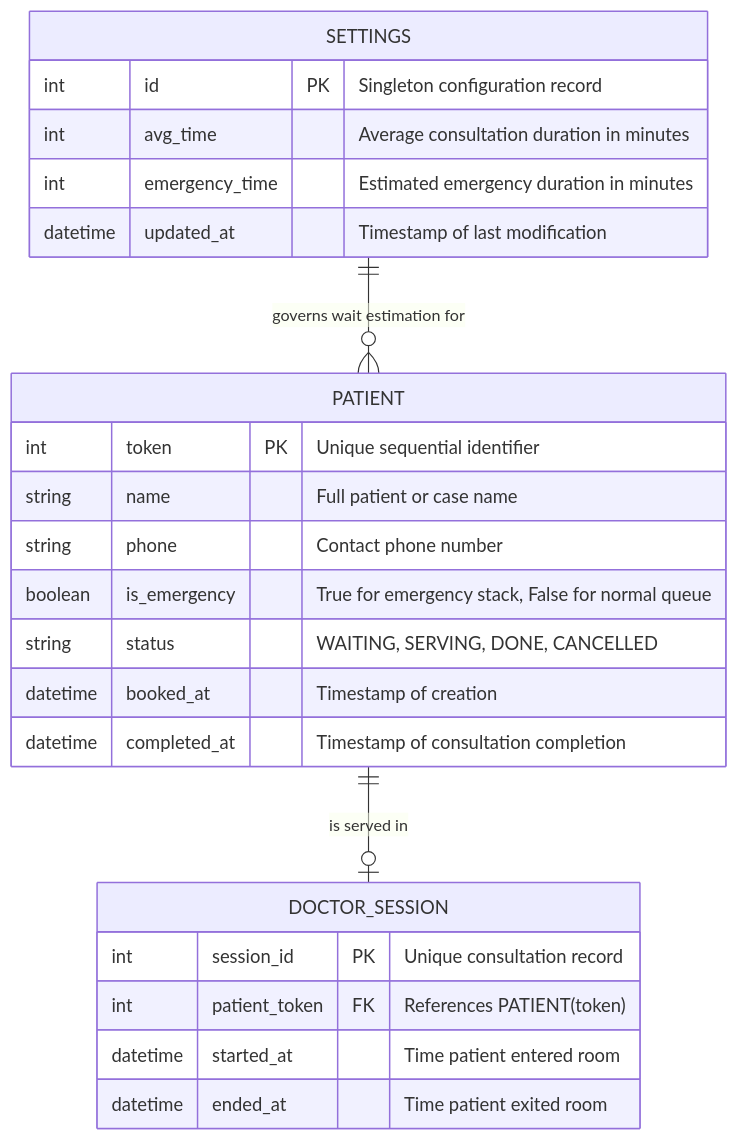
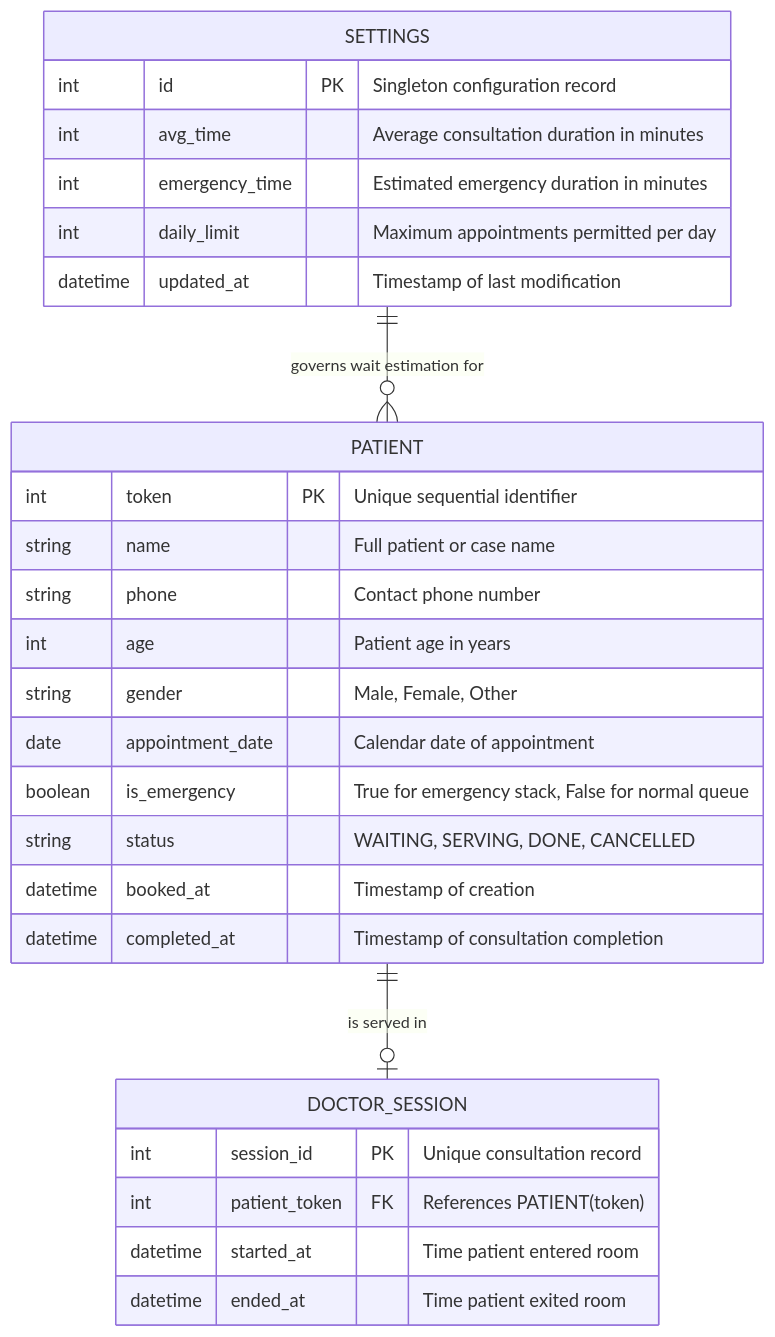
One commit to SusmitChoudhury/Doctor-Appointment-Queue-System changed the sixth of 6 diagrams in README.md. Above: the diagram before and after it, drawn with Mermaid. The commit also changed other lines of this file and 12 other files, not shown here.

Commit message:
Add End Emergency button, patient demographics, calendar picker, walk-in booking, and daily capacity rollover

````diff
--- a/README.md
+++ b/README.md
@@ -145,29 +202,33 @@
 ```mermaid
 erDiagram
     PATIENT {
         int token PK "Unique sequential identifier"
         string name "Full patient or case name"
         string phone "Contact phone number"
+        int age "Patient age in years"
+        string gender "Male, Female, Other"
+        date appointment_date "Calendar date of appointment"
         boolean is_emergency "True for emergency stack, False for normal queue"
         string status "WAITING, SERVING, DONE, CANCELLED"
         datetime booked_at "Timestamp of creation"
         datetime completed_at "Timestamp of consultation completion"
     }
 
     SETTINGS {
         int id PK "Singleton configuration record"
         int avg_time "Average consultation duration in minutes"
         int emergency_time "Estimated emergency duration in minutes"
+        int daily_limit "Maximum appointments permitted per day"
         datetime updated_at "Timestamp of last modification"
     }
 
     DOCTOR_SESSION {
         int session_id PK "Unique consultation record"
         int patient_token FK "References PATIENT(token)"
         datetime started_at "Time patient entered room"
         datetime ended_at "Time patient exited room"
     }
 
     PATIENT ||--o| DOCTOR_SESSION : "is served in"
     SETTINGS ||--o{ PATIENT : "governs wait estimation for"
 ```
````
